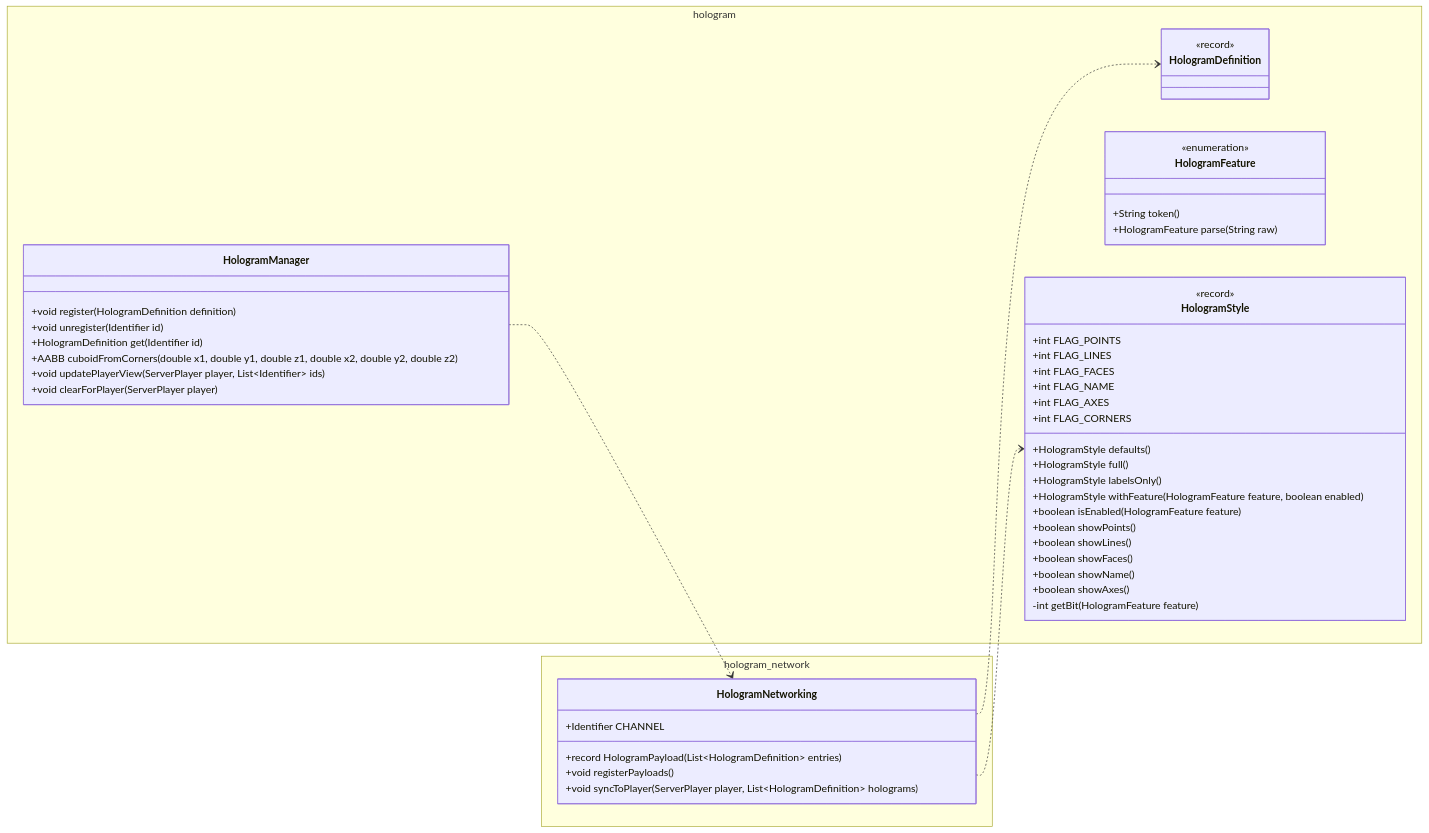
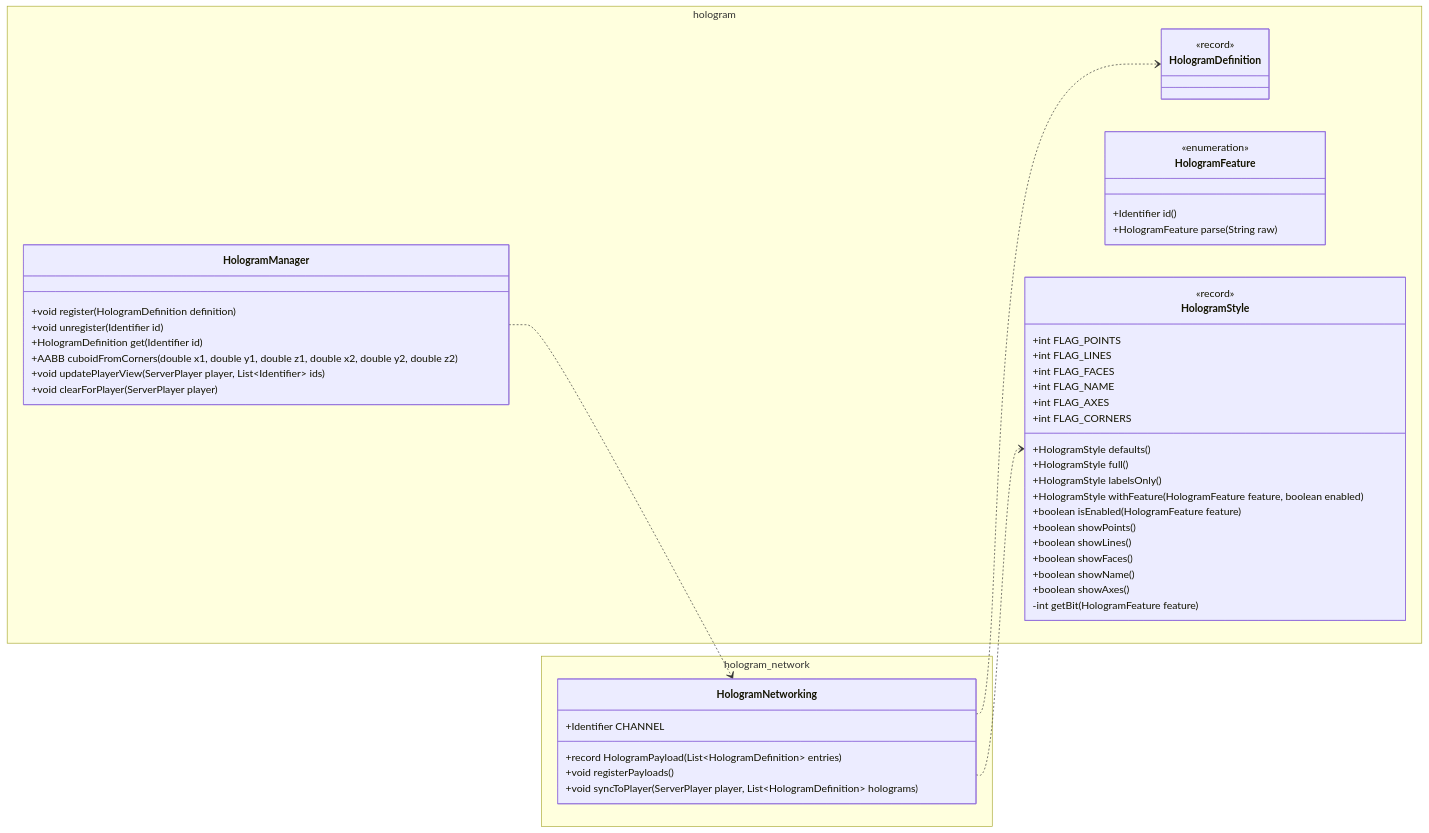
One commit to M4ng0D0g/Myulib-mc changed the diagram in src/main/java/com/myudog/myulib/api/hologram/architecture.mmd. Above: the diagram before and after it, drawn with Mermaid. The commit also changed 272 other files, not shown here.

```diff
--- a/src/main/java/com/myudog/myulib/api/hologram/architecture.mmd
+++ b/src/main/java/com/myudog/myulib/api/hologram/architecture.mmd
@@ -1,56 +1,56 @@
 %% Auto-generated for api module: hologram
 %% Source: src/main/java/com/myudog/myulib/api
 classDiagram
 direction LR
 
 namespace hologram {
   class c_com_myudog_myulib_api_hologram_HologramDefinition["HologramDefinition"] {
     <<record>>
   }
   class c_com_myudog_myulib_api_hologram_HologramFeature["HologramFeature"] {
     <<enumeration>>
-    +String token()
+    +Identifier id()
     +HologramFeature parse(String raw)
   }
   class c_com_myudog_myulib_api_hologram_HologramManager["HologramManager"] {
     +void register(HologramDefinition definition)
     +void unregister(Identifier id)
     +HologramDefinition get(Identifier id)
     +AABB cuboidFromCorners(double x1, double y1, double z1, double x2, double y2, double z2)
     +void updatePlayerView(ServerPlayer player, List~Identifier~ ids)
     +void clearForPlayer(ServerPlayer player)
   }
   class c_com_myudog_myulib_api_hologram_HologramStyle["HologramStyle"] {
     <<record>>
     +int FLAG_POINTS
     +int FLAG_LINES
     +int FLAG_FACES
     +int FLAG_NAME
     +int FLAG_AXES
     +int FLAG_CORNERS
     +HologramStyle defaults()
     +HologramStyle full()
     +HologramStyle labelsOnly()
     +HologramStyle withFeature(HologramFeature feature, boolean enabled)
     +boolean isEnabled(HologramFeature feature)
     +boolean showPoints()
     +boolean showLines()
     +boolean showFaces()
     +boolean showName()
     +boolean showAxes()
     -int getBit(HologramFeature feature)
   }
 }
 
 namespace hologram_network {
   class c_com_myudog_myulib_api_hologram_network_HologramNetworking["HologramNetworking"] {
     +Identifier CHANNEL
     +record HologramPayload(List~HologramDefinition~ entries)
     +void registerPayloads()
     +void syncToPlayer(ServerPlayer player, List~HologramDefinition~ holograms)
   }
 }
 
 c_com_myudog_myulib_api_hologram_HologramManager ..> c_com_myudog_myulib_api_hologram_network_HologramNetworking
 c_com_myudog_myulib_api_hologram_network_HologramNetworking ..> c_com_myudog_myulib_api_hologram_HologramDefinition
 c_com_myudog_myulib_api_hologram_network_HologramNetworking ..> c_com_myudog_myulib_api_hologram_HologramStyle
```
